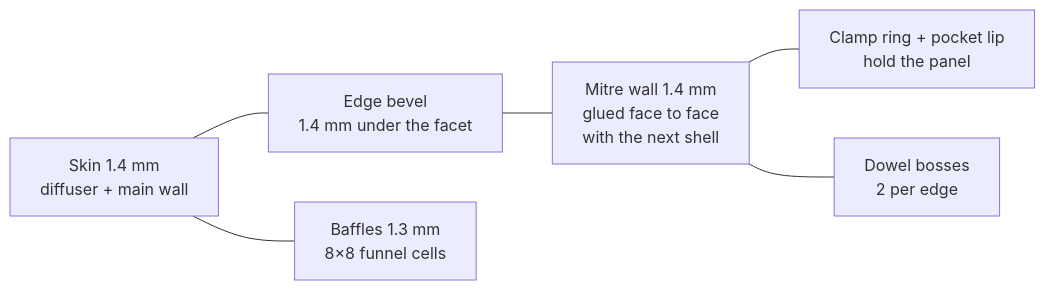
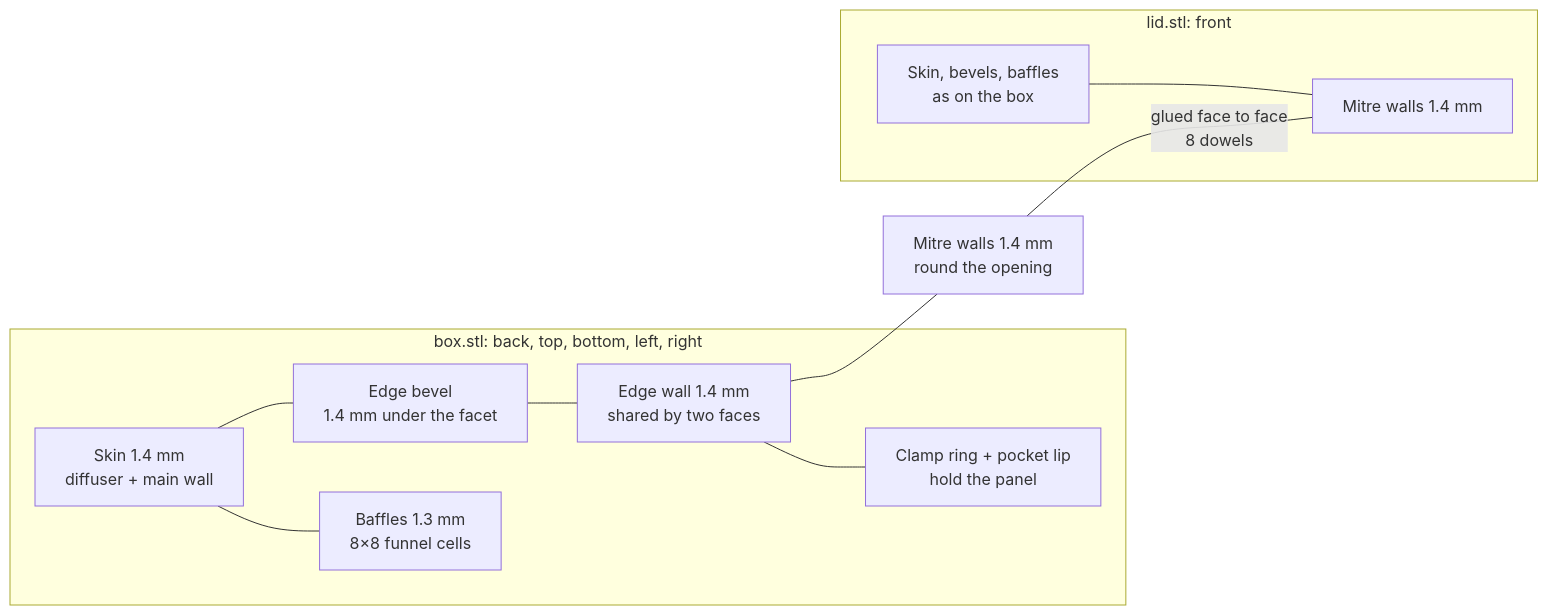
The diagram in case/voxel-skin/README.md (psytraxx/gravity-cube-espidf), drawn with Mermaid before and after one commit. The commit also changed other lines of this file and 17 other files, not shown here.

First line of the commit message:
Print the Voxel Skin as an open box of five faces and a lid

````diff
--- a/case/voxel-skin/README.md
+++ b/case/voxel-skin/README.md
@@ -19,8 +19,14 @@
 ```mermaid
 flowchart LR
-    skin["Skin 1.4 mm<br/>diffuser + main wall"] --- bevel["Edge bevel<br/>1.4 mm under the facet"]
-    bevel --- mitre["Mitre wall 1.4 mm<br/>glued face to face<br/>with the next shell"]
-    skin --- baffles["Baffles 1.3 mm<br/>8×8 funnel cells"]
-    mitre --- ring["Clamp ring + pocket lip<br/>hold the panel"]
-    mitre --- boss["Dowel bosses<br/>2 per edge"]
+    subgraph box["box.stl: back, top, bottom, left, right"]
+        skin["Skin 1.4 mm<br/>diffuser + main wall"] --- bevel["Edge bevel<br/>1.4 mm under the facet"]
+        bevel --- edge["Edge wall 1.4 mm<br/>shared by two faces"]
+        skin --- baffles["Baffles 1.3 mm<br/>8×8 funnel cells"]
+        edge --- ring["Clamp ring + pocket lip<br/>hold the panel"]
+    end
+    subgraph lid["lid.stl: front"]
+        lskin["Skin, bevels, baffles<br/>as on the box"] --- lmitre["Mitre walls 1.4 mm"]
+    end
+    edge --- bmitre["Mitre walls 1.4 mm<br/>round the opening"]
+    bmitre ---|"glued face to face<br/>8 dowels"| lmitre
 ```
````
